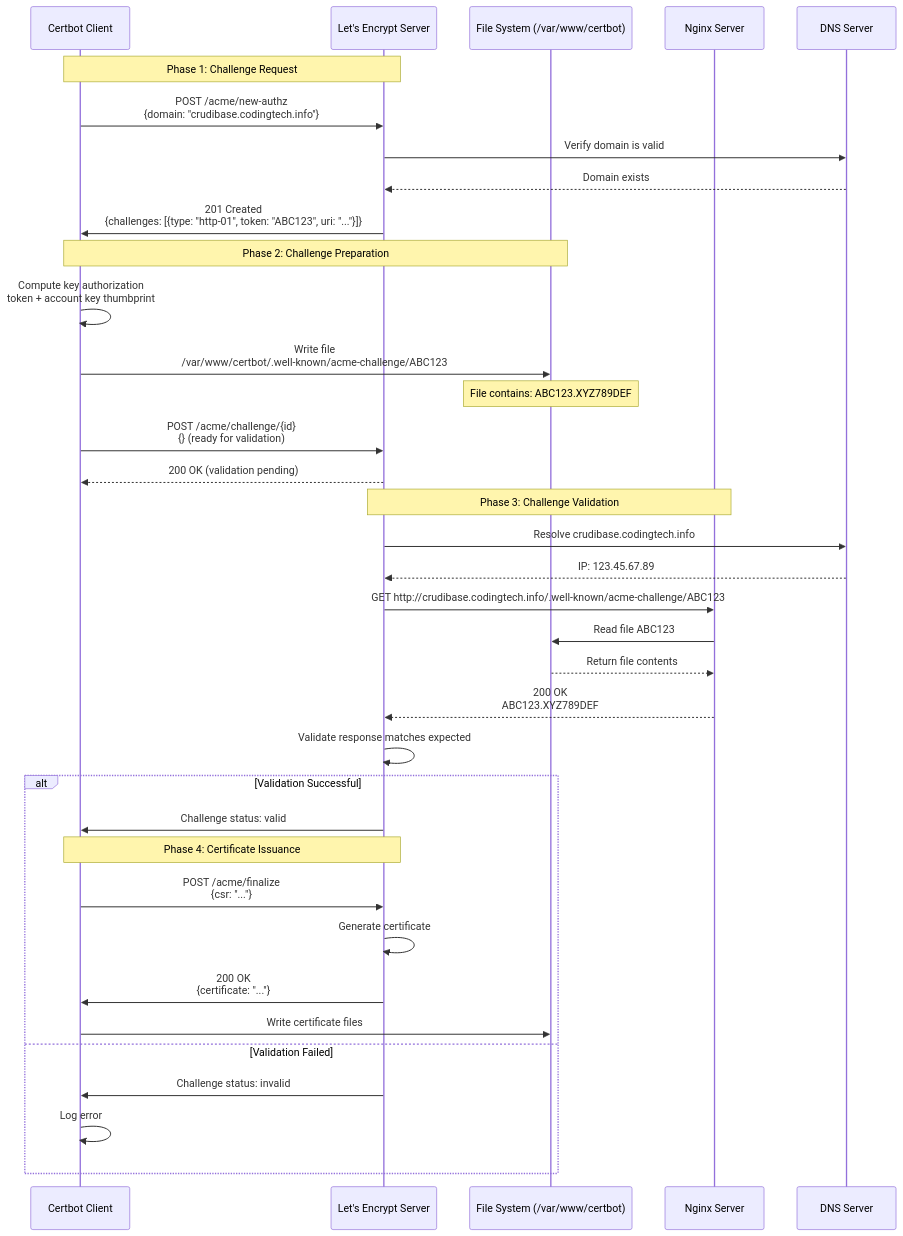
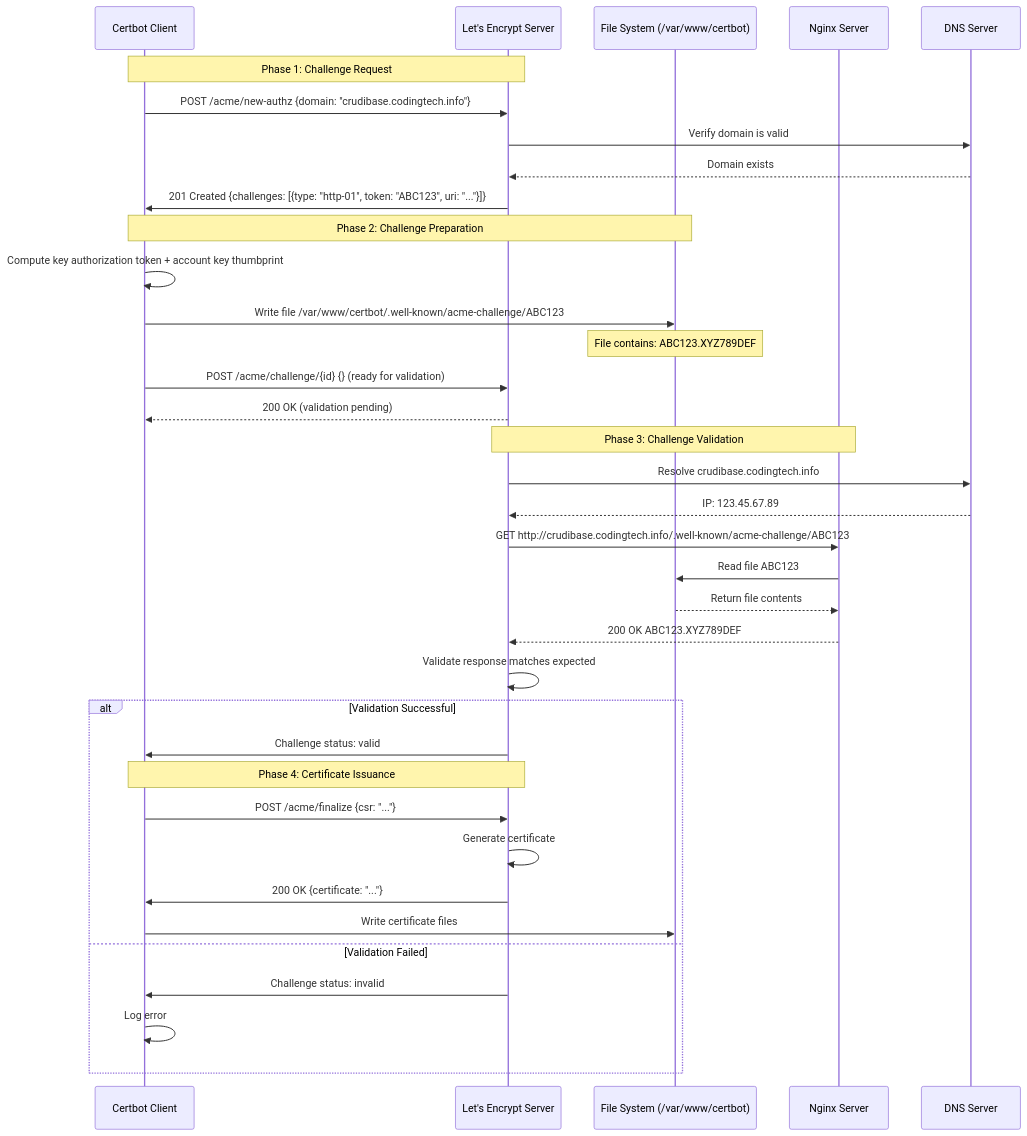
One commit to softwarewrighter/ssl-proxy-for-do changed the fifth of 5 diagrams in wiki/SSL-Certificate-Management.md. Above: the diagram before and after it, drawn with Mermaid. The commit also changed other lines of this file and 3 other files, not shown here.

First line of the commit message:
Remove all remaining br tags from sequence diagrams

````diff
--- a/wiki/SSL-Certificate-Management.md
+++ b/wiki/SSL-Certificate-Management.md
@@ -428,48 +428,48 @@
 ```mermaid
 sequenceDiagram
     participant C as Certbot Client
     participant LE as Let's Encrypt Server
     participant FS as File System (/var/www/certbot)
     participant N as Nginx Server
     participant DNS as DNS Server
 
-    Note over C,LE: Phase 1: Challenge Request
+ Note over C,LE: Phase 1: Challenge Request
 
-    C->>LE: POST /acme/new-authz<br/>{domain: "crudibase.codingtech.info"}
+    C->>LE: POST /acme/new-authz {domain: "crudibase.codingtech.info"}
     LE->>DNS: Verify domain is valid
     DNS-->>LE: Domain exists
-    LE->>C: 201 Created<br/>{challenges: [{type: "http-01", token: "ABC123", uri: "..."}]}
+    LE->>C: 201 Created {challenges: [{type: "http-01", token: "ABC123", uri: "..."}]}
 
-    Note over C,FS: Phase 2: Challenge Preparation
+ Note over C,FS: Phase 2: Challenge Preparation
 
-    C->>C: Compute key authorization<br/>token + account key thumbprint
-    C->>FS: Write file<br/>/var/www/certbot/.well-known/acme-challenge/ABC123
-    Note over FS: File contains: ABC123.XYZ789DEF
+    C->>C: Compute key authorization token + account key thumbprint
+    C->>FS: Write file /var/www/certbot/.well-known/acme-challenge/ABC123
+ Note over FS: File contains: ABC123.XYZ789DEF
 
-    C->>LE: POST /acme/challenge/{id}<br/>{} (ready for validation)
+    C->>LE: POST /acme/challenge/{id} {} (ready for validation)
     LE-->>C: 200 OK (validation pending)
 
-    Note over LE,N: Phase 3: Challenge Validation
+ Note over LE,N: Phase 3: Challenge Validation
 
     LE->>DNS: Resolve crudibase.codingtech.info
     DNS-->>LE: IP: 123.45.67.89
 
     LE->>N: GET http://crudibase.codingtech.info/.well-known/acme-challenge/ABC123
     N->>FS: Read file ABC123
     FS-->>N: Return file contents
-    N-->>LE: 200 OK<br/>ABC123.XYZ789DEF
+    N-->>LE: 200 OK ABC123.XYZ789DEF
 
     LE->>LE: Validate response matches expected
 
     alt Validation Successful
         LE->>C: Challenge status: valid
-        Note over C,LE: Phase 4: Certificate Issuance
-        C->>LE: POST /acme/finalize<br/>{csr: "..."}
+ Note over C,LE: Phase 4: Certificate Issuance
+        C->>LE: POST /acme/finalize {csr: "..."}
         LE->>LE: Generate certificate
-        LE->>C: 200 OK<br/>{certificate: "..."}
+        LE->>C: 200 OK {certificate: "..."}
         C->>FS: Write certificate files
     else Validation Failed
         LE->>C: Challenge status: invalid
         C->>C: Log error
     end
 ```
````
